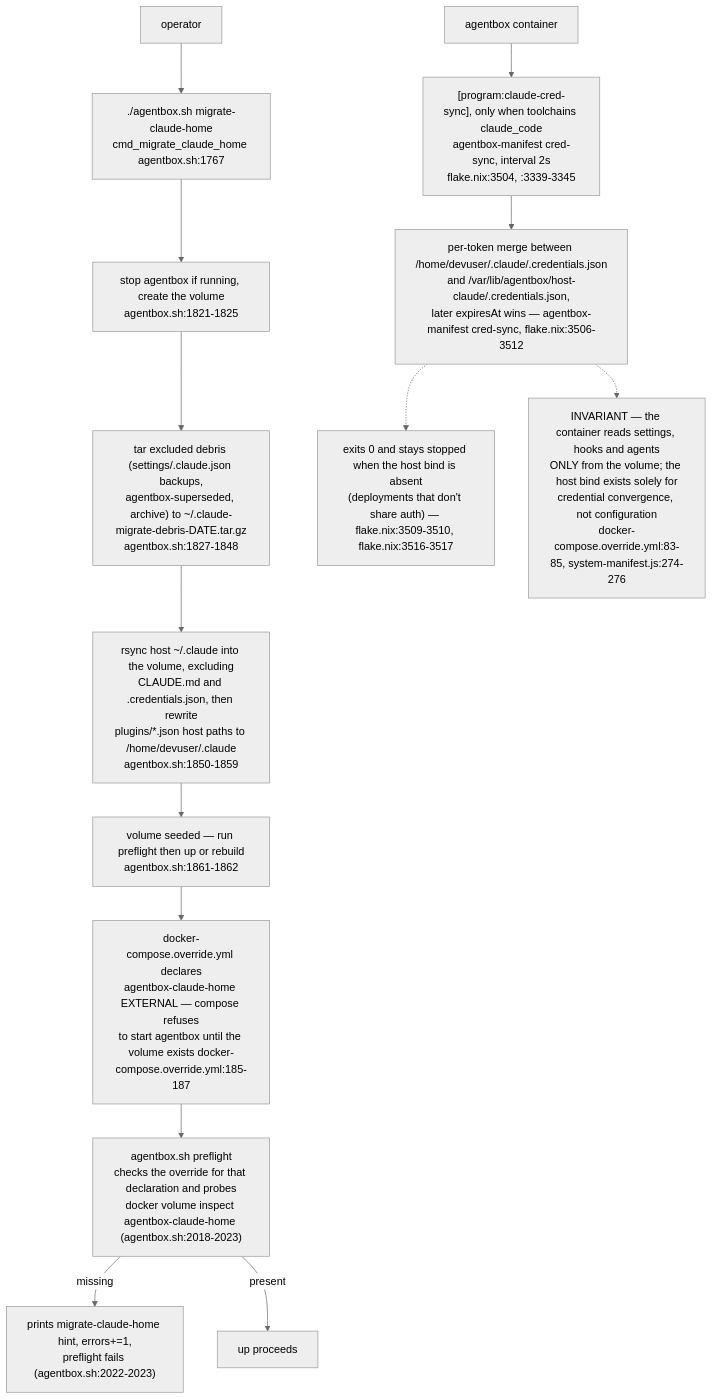
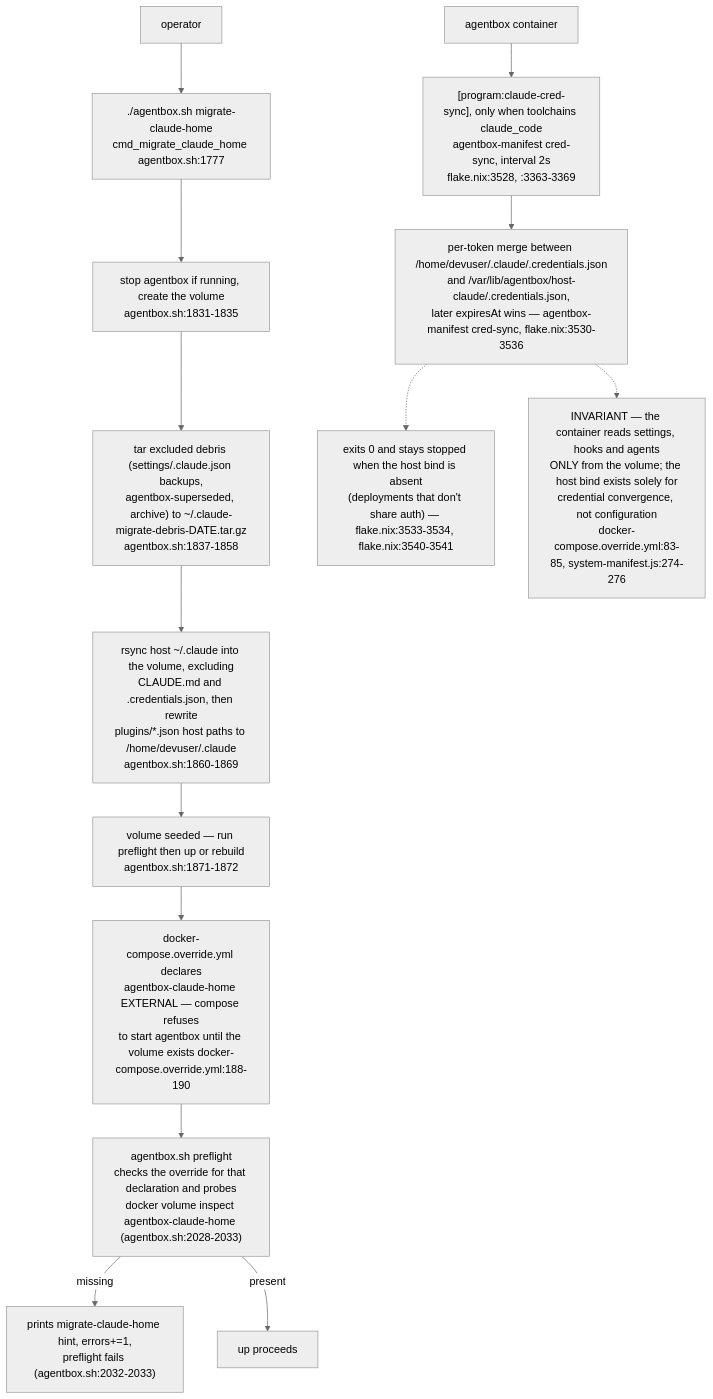
One commit to DreamLab-AI/VisionFlow changed diagram 11 of 14 in docs/diagrams/agentbox/06-sidecars-and-compose-overlays.md. Above: the diagram before and after it, drawn with Mermaid (neutral theme). The commit also changed other lines of this file, not shown here.

````diff
--- a/docs/diagrams/agentbox/06-sidecars-and-compose-overlays.md
+++ b/docs/diagrams/agentbox/06-sidecars-and-compose-overlays.md
@@ -325,16 +339,16 @@
 ```mermaid
 flowchart TB
-    DEC["docker-compose.override.yml declares<br/>agentbox-claude-home EXTERNAL — compose refuses<br/>to start agentbox until the volume exists docker-compose.override.yml:185-187"] --> PRE["agentbox.sh preflight<br/>checks the override for that declaration and probes<br/>docker volume inspect agentbox-claude-home (agentbox.sh:2018-2023)"]
-    PRE -->|"missing"| ERR["prints migrate-claude-home hint, errors+=1,<br/>preflight fails (agentbox.sh:2022-2023)"]
+    DEC["docker-compose.override.yml declares<br/>agentbox-claude-home EXTERNAL — compose refuses<br/>to start agentbox until the volume exists docker-compose.override.yml:188-190"] --> PRE["agentbox.sh preflight<br/>checks the override for that declaration and probes<br/>docker volume inspect agentbox-claude-home (agentbox.sh:2028-2033)"]
+    PRE -->|"missing"| ERR["prints migrate-claude-home hint, errors+=1,<br/>preflight fails (agentbox.sh:2032-2033)"]
     PRE -->|"present"| OK["up proceeds"]
-    OP["operator"] --> MIG["./agentbox.sh migrate-claude-home<br/>cmd_migrate_claude_home agentbox.sh:1767"]
-    MIG --> STOP["stop agentbox if running, create the volume<br/>agentbox.sh:1821-1825"]
-    STOP --> DEBRIS["tar excluded debris (settings/.claude.json backups,<br/>agentbox-superseded, archive) to ~/.claude-migrate-debris-DATE.tar.gz<br/>agentbox.sh:1827-1848"]
-    DEBRIS --> RSYNC["rsync host ~/.claude into the volume, excluding<br/>CLAUDE.md and .credentials.json, then rewrite<br/>plugins/*.json host paths to /home/devuser/.claude<br/>agentbox.sh:1850-1859"]
-    RSYNC --> DONE["volume seeded — run preflight then up or rebuild<br/>agentbox.sh:1861-1862"]
+    OP["operator"] --> MIG["./agentbox.sh migrate-claude-home<br/>cmd_migrate_claude_home agentbox.sh:1777"]
+    MIG --> STOP["stop agentbox if running, create the volume<br/>agentbox.sh:1831-1835"]
+    STOP --> DEBRIS["tar excluded debris (settings/.claude.json backups,<br/>agentbox-superseded, archive) to ~/.claude-migrate-debris-DATE.tar.gz<br/>agentbox.sh:1837-1858"]
+    DEBRIS --> RSYNC["rsync host ~/.claude into the volume, excluding<br/>CLAUDE.md and .credentials.json, then rewrite<br/>plugins/*.json host paths to /home/devuser/.claude<br/>agentbox.sh:1860-1869"]
+    RSYNC --> DONE["volume seeded — run preflight then up or rebuild<br/>agentbox.sh:1871-1872"]
     DONE --> DEC
-    AB2["agentbox container"] --> SYNC["[program:claude-cred-sync], only when toolchains claude_code<br/>agentbox-manifest cred-sync, interval 2s<br/>flake.nix:3504, :3339-3345"]
-    SYNC --> MERGE["per-token merge between /home/devuser/.claude/.credentials.json<br/>and /var/lib/agentbox/host-claude/.credentials.json,<br/>later expiresAt wins — agentbox-manifest cred-sync, flake.nix:3506-3512"]
-    MERGE -.-> ABSENT["exits 0 and stays stopped when the host bind is absent<br/>(deployments that don't share auth) — flake.nix:3509-3510, flake.nix:3516-3517"]
+    AB2["agentbox container"] --> SYNC["[program:claude-cred-sync], only when toolchains claude_code<br/>agentbox-manifest cred-sync, interval 2s<br/>flake.nix:3528, :3363-3369"]
+    SYNC --> MERGE["per-token merge between /home/devuser/.claude/.credentials.json<br/>and /var/lib/agentbox/host-claude/.credentials.json,<br/>later expiresAt wins — agentbox-manifest cred-sync, flake.nix:3530-3536"]
+    MERGE -.-> ABSENT["exits 0 and stays stopped when the host bind is absent<br/>(deployments that don't share auth) — flake.nix:3533-3534, flake.nix:3540-3541"]
     MERGE -.-> INV["INVARIANT — the container reads settings, hooks and agents<br/>ONLY from the volume; the host bind exists solely for<br/>credential convergence, not configuration<br/>docker-compose.override.yml:83-85, system-manifest.js:274-276"]
 ```
````
